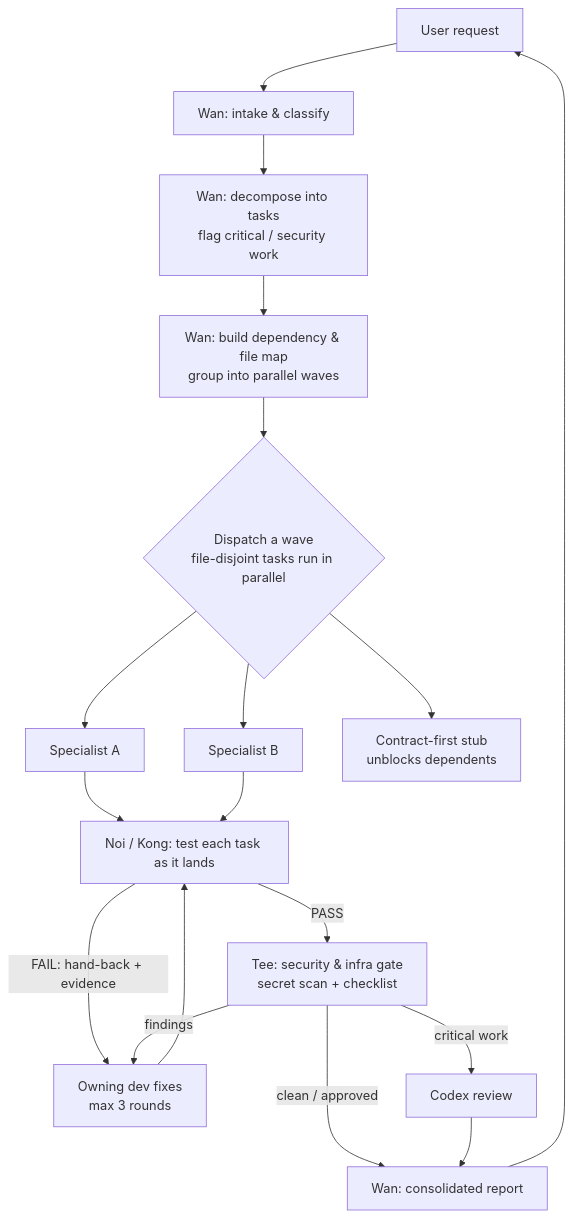
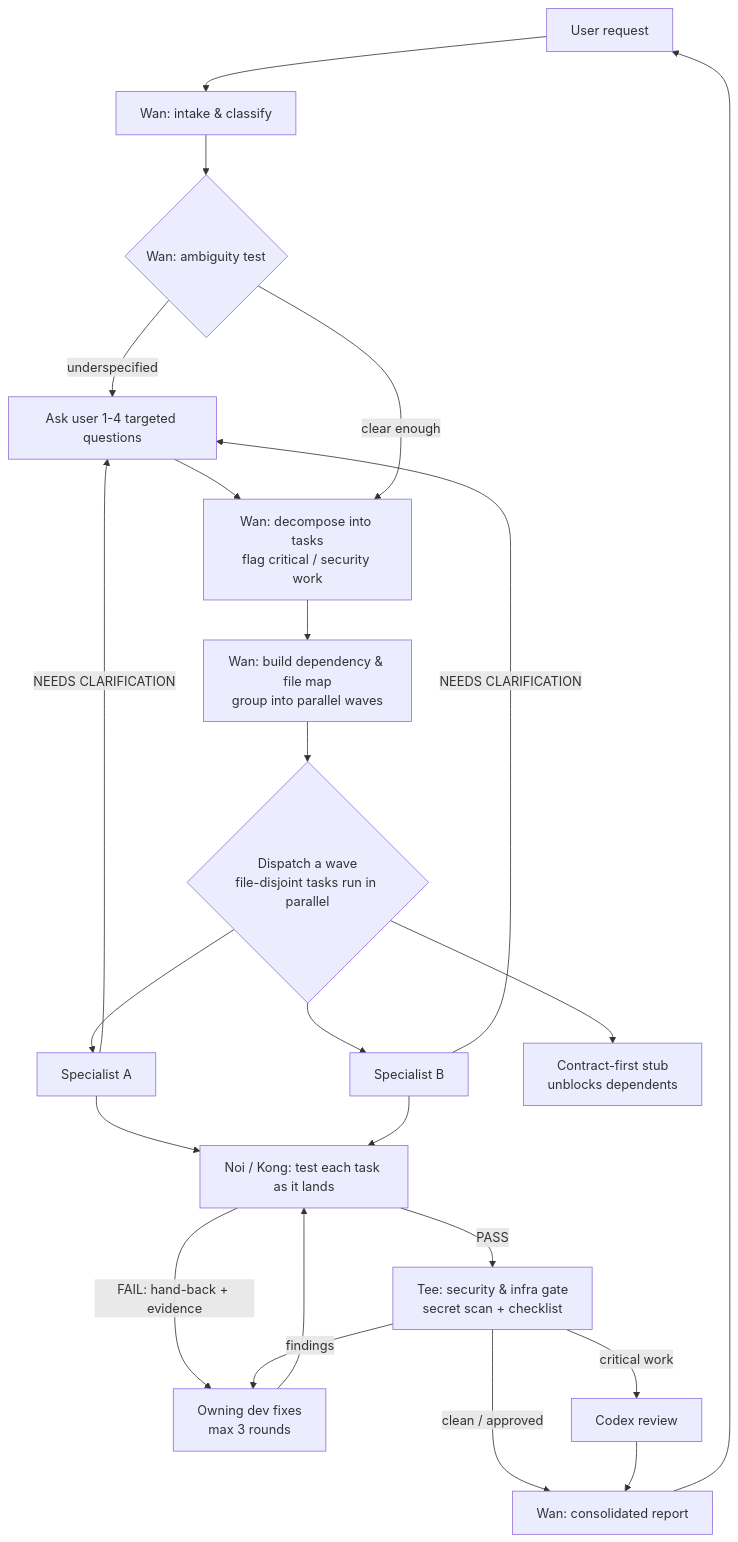
One commit to gotired/only-cnx changed the diagram in WORKFLOW.md. Above: the diagram before and after it, drawn with Mermaid. The commit also changed other lines of this file and 13 other files, not shown here.

````diff
--- a/WORKFLOW.md
+++ b/WORKFLOW.md
@@ -8,20 +8,25 @@
 ```mermaid
 flowchart TD
     U[User request] --> W1[Wan: intake & classify]
-    W1 --> W2[Wan: decompose into tasks<br/>flag critical / security work]
+    W1 --> WC{Wan: ambiguity test}
+    WC -->|underspecified| ASK[Ask user 1-4 targeted questions]
+    ASK --> W2
+    WC -->|clear enough| W2[Wan: decompose into tasks<br/>flag critical / security work]
     W2 --> W3[Wan: build dependency & file map<br/>group into parallel waves]
     W3 --> D{Dispatch a wave<br/>file-disjoint tasks run in parallel}
     D --> A[Specialist A]
     D --> B[Specialist B]
     D --> C[Contract-first stub<br/>unblocks dependents]
     A --> QA[Noi / Kong: test each task as it lands]
     B --> QA
     QA -->|FAIL: hand-back + evidence| FIX[Owning dev fixes<br/>max 3 rounds]
+    A -->|NEEDS CLARIFICATION| ASK
+    B -->|NEEDS CLARIFICATION| ASK
     FIX --> QA
     QA -->|PASS| GATE[Tee: security & infra gate<br/>secret scan + checklist]
     GATE -->|findings| FIX
     GATE -->|critical work| CODEX[Codex review]
     GATE -->|clean / approved| R[Wan: consolidated report]
     CODEX --> R
     R --> U
 ```
````
